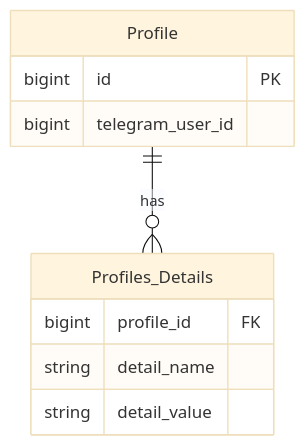
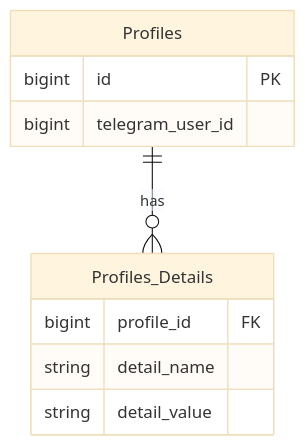
The diagram in system-analytics/services/profile-service/index.md (it-mentor-community-platform/meta), drawn with Mermaid (base theme) before and after one commit. The commit also changed other lines of this file, not shown here.

````diff
--- a/system-analytics/services/profile-service/index.md
+++ b/system-analytics/services/profile-service/index.md
@@ -18,16 +18,16 @@
 ```mermaid
 erDiagram
-    Profile {
+    Profiles {
         bigint id PK
         bigint telegram_user_id
     }
 
     Profiles_Details {
         bigint profile_id FK
         string detail_name
         string detail_value
     }
 
-    Profile ||--o{ Profiles_Details : has
+    Profiles ||--o{ Profiles_Details : has
 
 ```
````
